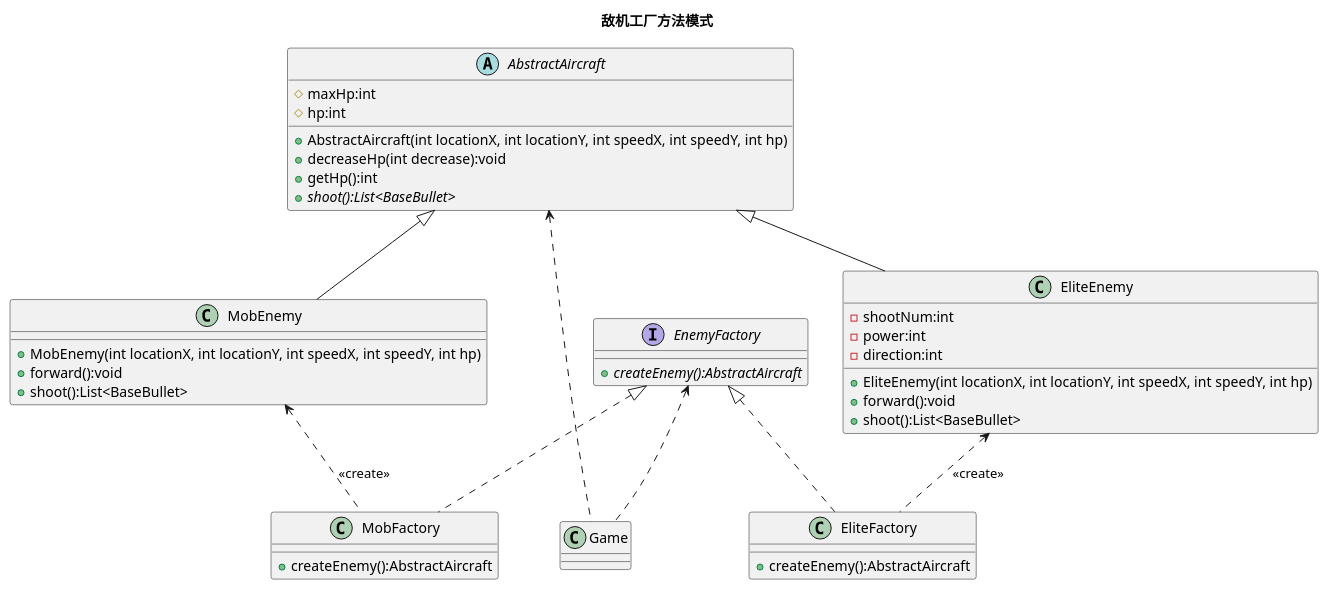
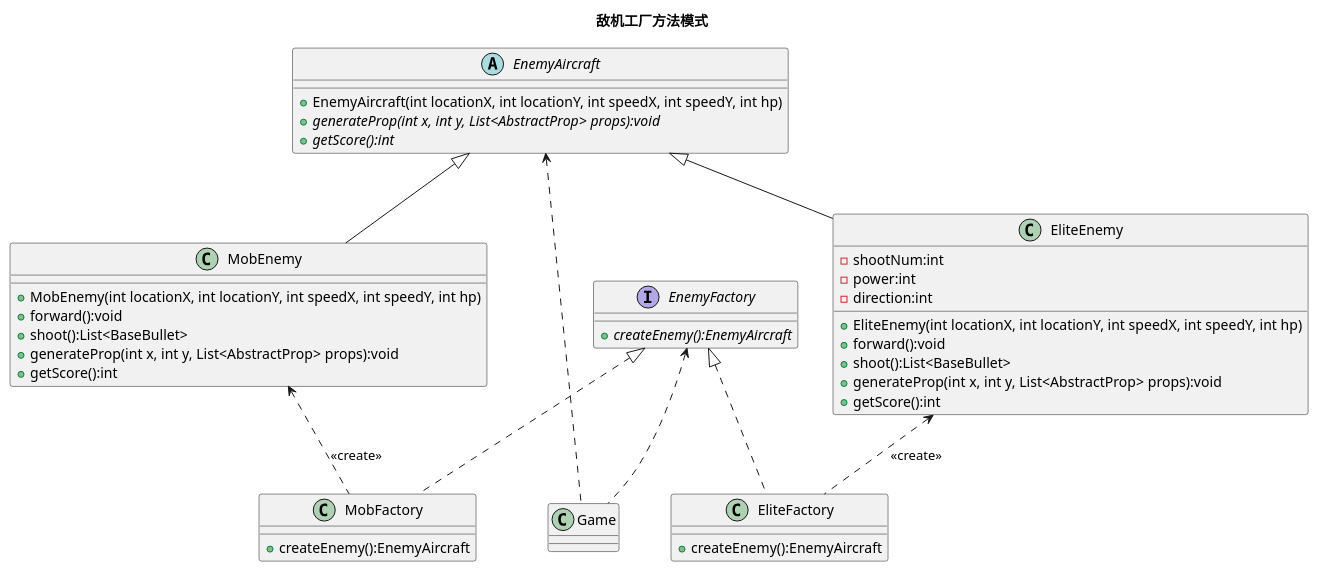
One commit to LIMINGNING/aircraft_war changed the diagram in uml/factory_enemy.puml. Above: the diagram before and after it, drawn with PlantUML. The commit also changed 9 other files, not shown here.

```diff
--- a/uml/factory_enemy.puml
+++ b/uml/factory_enemy.puml
@@ -1,47 +1,48 @@
 @startuml
 title:敌机工厂方法模式
 
 interface EnemyFactory {
-    + {abstract} createEnemy():AbstractAircraft
+    + {abstract} createEnemy():EnemyAircraft
 }
 
 class MobFactory implements EnemyFactory{
-    + createEnemy():AbstractAircraft
+    + createEnemy():EnemyAircraft
 }
 
 class EliteFactory implements EnemyFactory{
-    + createEnemy():AbstractAircraft
+    + createEnemy():EnemyAircraft
 }
 
-abstract class AbstractAircraft
+abstract class EnemyAircraft
 {
-	# maxHp:int
-    # hp:int
-    + AbstractAircraft(int locationX, int locationY, int speedX, int speedY, int hp)
-    + decreaseHp(int decrease):void
-    + getHp():int
-    + {abstract} shoot():List<BaseBullet>
+    + EnemyAircraft(int locationX, int locationY, int speedX, int speedY, int hp)
+    + {abstract} generateProp(int x, int y, List<AbstractProp> props):void
+    + {abstract} getScore():int
  }
 
-class MobEnemy extends AbstractAircraft{
+class MobEnemy extends EnemyAircraft{
     + MobEnemy(int locationX, int locationY, int speedX, int speedY, int hp)
     + forward():void
     + shoot():List<BaseBullet>
+    + generateProp(int x, int y, List<AbstractProp> props):void
+    + getScore():int
 }
 
-class EliteEnemy extends AbstractAircraft{
+class EliteEnemy extends EnemyAircraft{
     - shootNum:int
     - power:int
     - direction:int
 
     + EliteEnemy(int locationX, int locationY, int speedX, int speedY, int hp)
     + forward():void
     + shoot():List<BaseBullet>
+    + generateProp(int x, int y, List<AbstractProp> props):void
+    + getScore():int
 }
 
 MobEnemy <.. MobFactory:<<create>>
 EliteEnemy <.. EliteFactory:<<create>>
 EnemyFactory <.. Game
-AbstractAircraft <.. Game
+EnemyAircraft <.. Game
 
 @enduml
```
